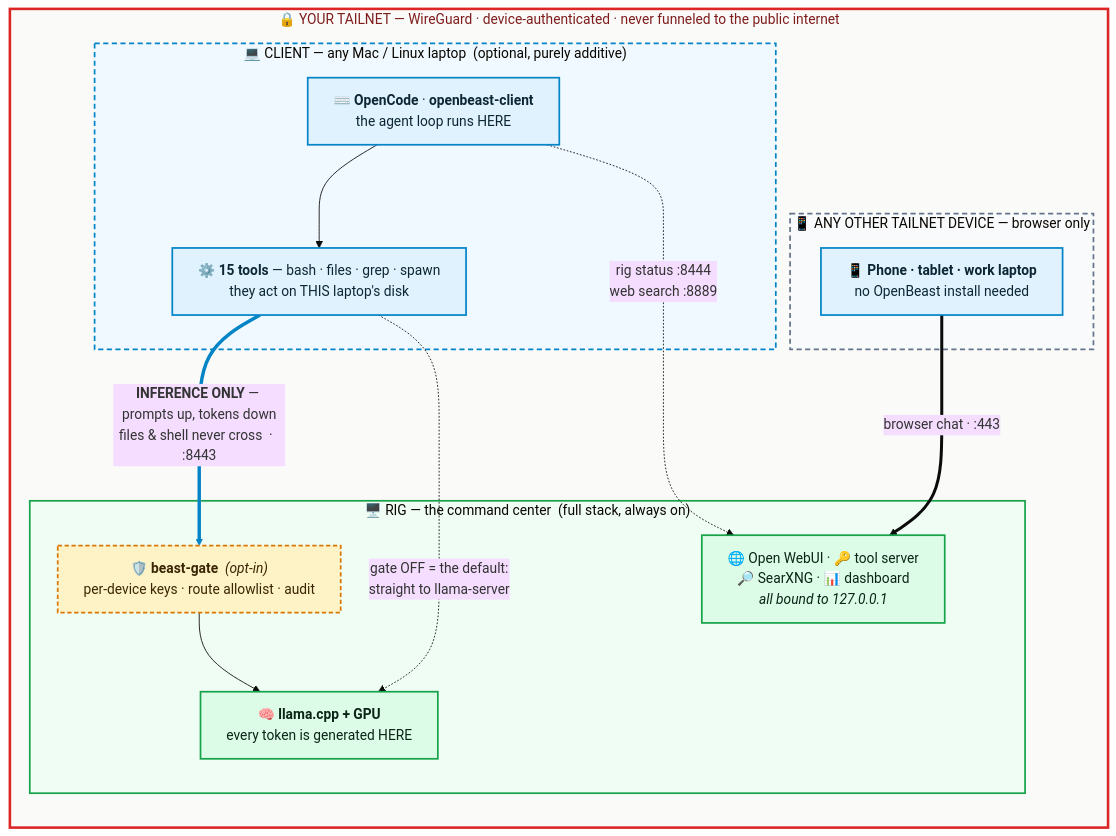
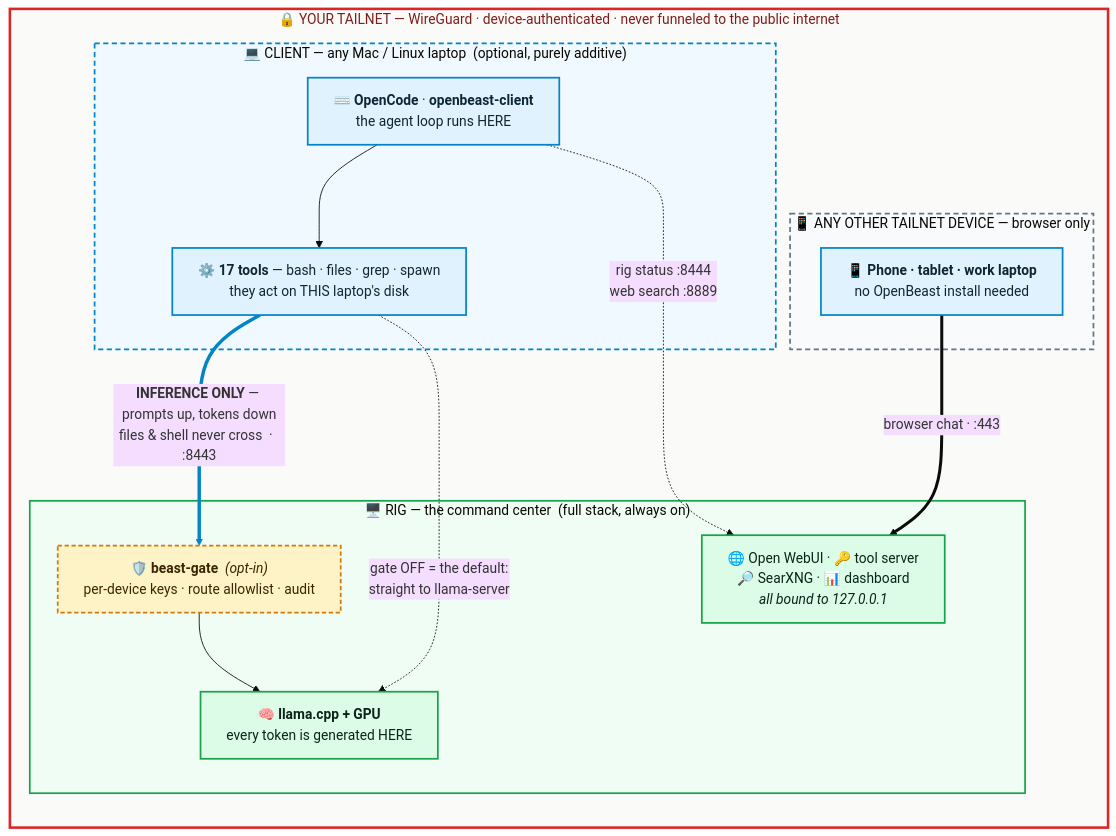
The first of 2 diagrams in docs/ARCHITECTURE.md (MaximilianKhan/openbeast), drawn with Mermaid (base theme) before and after one commit. The commit also changed other lines of this file and 39 other files, not shown here.

````diff
--- a/docs/ARCHITECTURE.md
+++ b/docs/ARCHITECTURE.md
@@ -20,40 +20,40 @@
 ```mermaid
 %%{init: {"flowchart": {"wrappingWidth": 340, "curve": "basis", "nodeSpacing": 45, "rankSpacing": 55}}}%%
 flowchart LR
     subgraph TAILNET["🔒 YOUR TAILNET — WireGuard · device-authenticated · never funneled to the public internet"]
 
         subgraph CLIENT["💻 CLIENT — any Mac / Linux laptop &nbsp;(optional, purely additive)"]
             cagent["⌨️ <b>OpenCode</b> · <b>openbeast-client</b><br/>the agent loop runs HERE"]
-            ctools["⚙️ <b>15 tools</b> — bash · files · grep · spawn<br/>they act on THIS laptop's disk"]
+            ctools["⚙️ <b>17 tools</b> — bash · files · grep · spawn<br/>they act on THIS laptop's disk"]
             cagent --> ctools
         end
 
         subgraph OTHER["📱 ANY OTHER TAILNET DEVICE — browser only"]
             phone["📱 <b>Phone · tablet · work laptop</b><br/>no OpenBeast install needed"]
         end
 
         subgraph RIG["🖥️ RIG — the command center &nbsp;(full stack, always on)"]
             gate["🛡️ <b>beast-gate</b> &nbsp;<i>(opt-in)</i><br/>per-device keys · route allowlist · audit"]
             brain["🧠 <b>llama.cpp + GPU</b><br/>every token is generated HERE"]
             cc["🌐 Open WebUI · 🔑 tool server<br/>🔎 SearXNG · 📊 dashboard<br/><i>all bound to 127.0.0.1</i>"]
             gate --> brain
         end
     end
 
     ctools ==>|"<b>INFERENCE ONLY</b> — prompts up, tokens down<br/>files &amp; shell never cross &nbsp;·&nbsp; :8443"| gate
     ctools -.->|"gate OFF = the default:<br/>straight to llama-server"| brain
     cagent -.->|"rig status :8444<br/>web search :8889"| cc
     phone ==>|"browser chat · :443"| cc
 
     classDef client fill:#e0f2fe,stroke:#0284c7,stroke-width:2px,color:#0c2733;
     classDef rig fill:#dcfce7,stroke:#16a34a,stroke-width:2px,color:#0b2417;
     classDef sec fill:#fef3c7,stroke:#d97706,stroke-width:2px,stroke-dasharray:5 3,color:#3a2503;
     class cagent,ctools,phone client;
     class brain,cc rig;
     class gate sec;
     style TAILNET fill:#fafaf9,stroke:#dc2626,stroke-width:3px,color:#7f1d1d;
     style CLIENT fill:#f0f9ff,stroke:#0284c7,stroke-width:2px,stroke-dasharray:6 4;
     style RIG fill:#f0fdf4,stroke:#16a34a,stroke-width:2px;
     style OTHER fill:#f8fafc,stroke:#64748b,stroke-width:2px,stroke-dasharray:6 4;
     linkStyle 2 stroke:#0284c7,stroke-width:4px;
 ```
````
